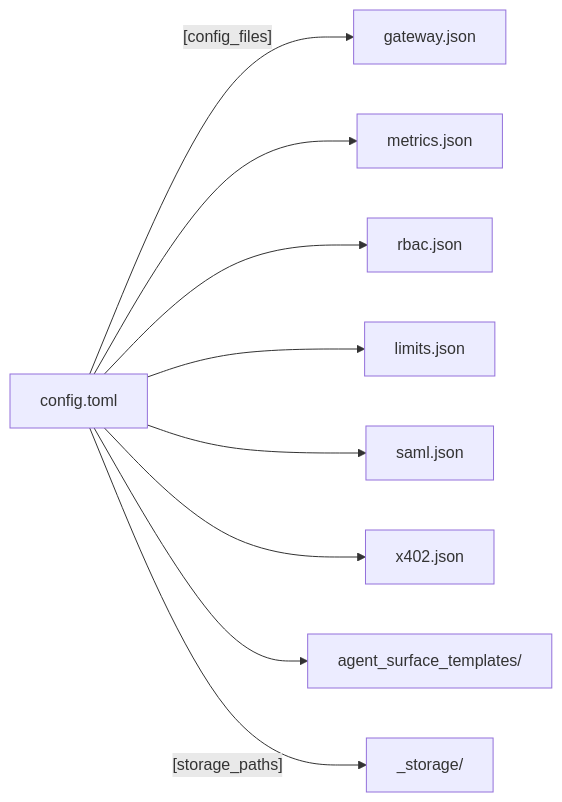
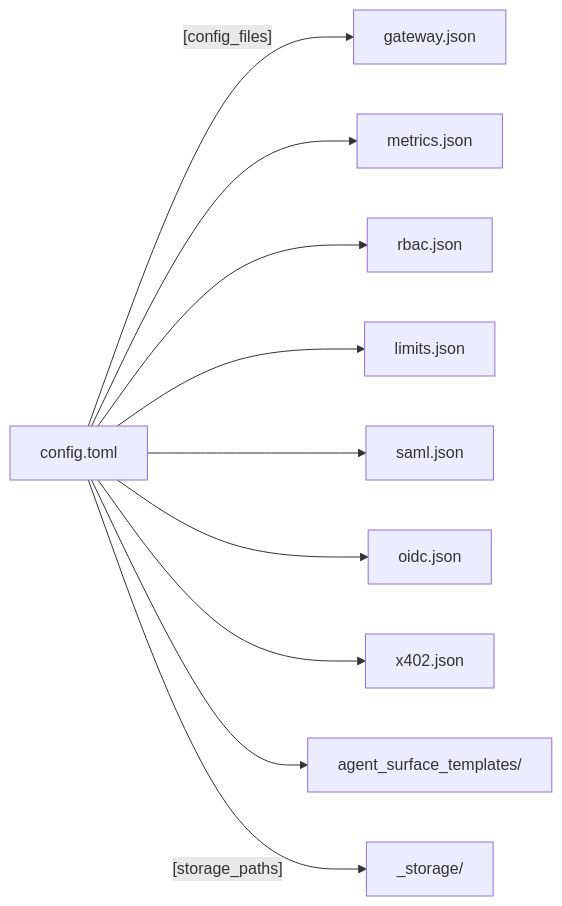
One commit to affinidi-ai/agent-gateway changed the diagram in docs/CONFIGURATION_REFERENCE.md. Above: the diagram before and after it, drawn with Mermaid. The commit also changed other lines of this file and 82 other files, not shown here.

````diff
--- a/docs/CONFIGURATION_REFERENCE.md
+++ b/docs/CONFIGURATION_REFERENCE.md
@@ -55,11 +57,12 @@
 ```mermaid
 flowchart LR
     T[config.toml] -->|"[config_files]"| G[gateway.json]
     T --> M[metrics.json]
     T --> R[rbac.json]
     T --> L[limits.json]
     T --> S[saml.json]
+    T --> O[oidc.json]
     T --> X[x402.json]
     T --> TP["agent_surface_templates/"]
     T -->|"[storage_paths]"| ST["_storage/"]
 ```
````
